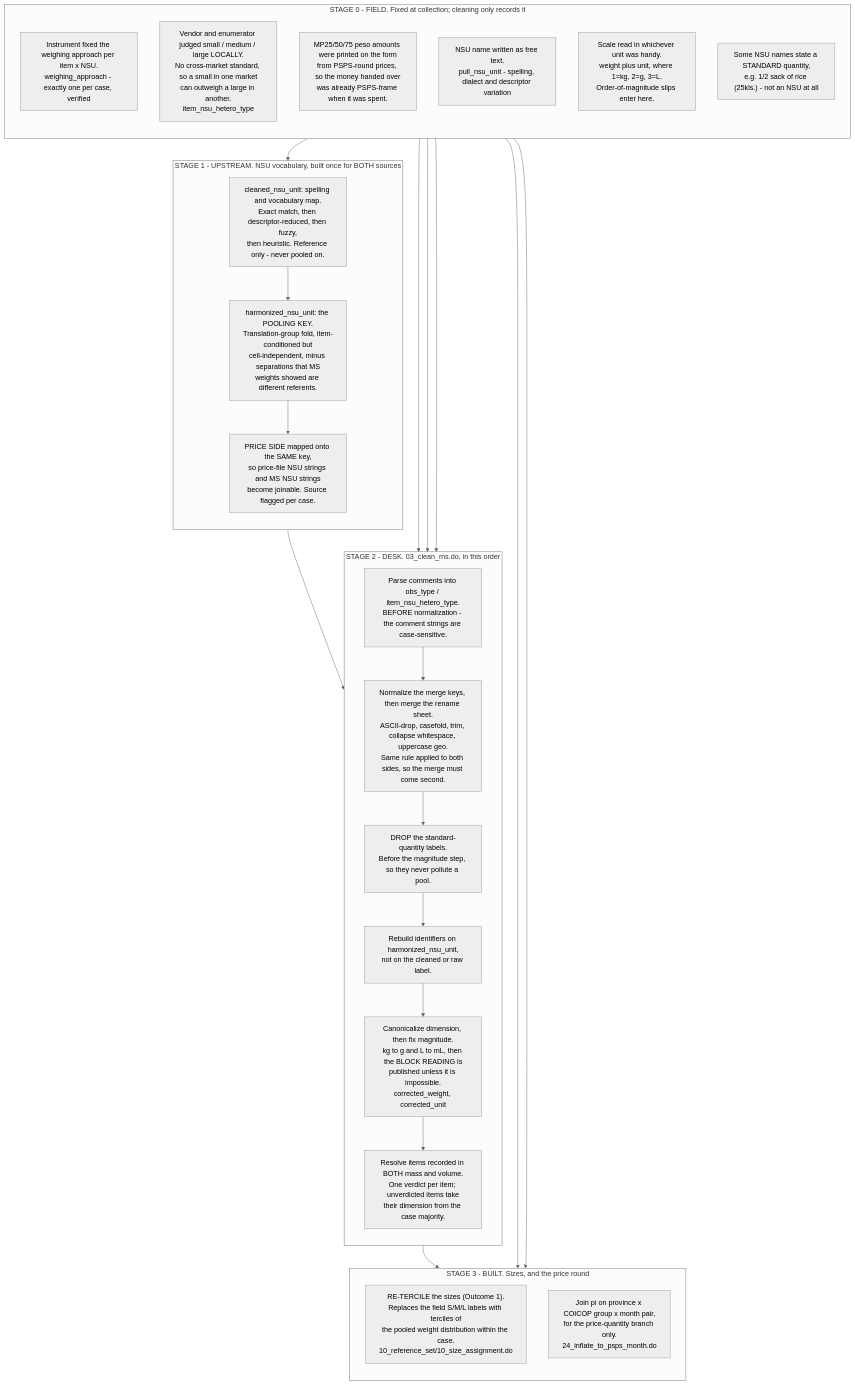
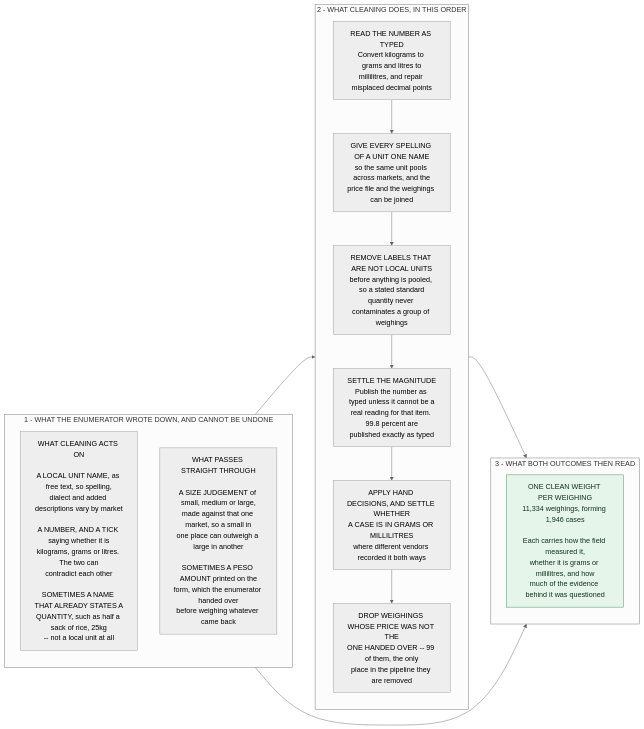
One commit to Shineyang03/nsu-market-survey-cleaning changed the third of 3 diagrams in docs/conversion_factor_methodology.md. Above: the diagram before and after it, drawn with Mermaid (neutral theme). The commit also changed other lines of this file and 4 other files, not shown here.

````diff
--- a/docs/conversion_factor_methodology.md
+++ b/docs/conversion_factor_methodology.md
@@ -239,46 +308,40 @@
 ```mermaid
-flowchart TB
-    subgraph FIELD["STAGE 0 - FIELD. Fixed at collection; cleaning only records it"]
+flowchart LR
+    classDef out fill:#e6f5ea,stroke:#3d8a58,color:#10301c
+
+    subgraph P1["1 - WHAT THE ENUMERATOR WROTE DOWN, AND CANNOT BE UNDONE"]
         direction TB
-        F1["Instrument fixed the weighing approach per item x NSU.<br/>weighing_approach - exactly one per case, verified"]
-        F2["Vendor and enumerator judged small / medium / large LOCALLY.<br/>No cross-market standard, so a small in one market<br/>can outweigh a large in another.<br/>item_nsu_hetero_type"]
-        F3["MP25/50/75 peso amounts were printed on the form<br/>from PSPS-round prices, so the money handed over<br/>was already PSPS-frame when it was spent."]
-        F4["NSU name written as free text.<br/>pull_nsu_unit - spelling, dialect and descriptor variation"]
-        F5["Scale read in whichever unit was handy.<br/>weight plus unit, where 1=kg, 2=g, 3=L.<br/>Order-of-magnitude slips enter here."]
-        F6["Some NSU names state a STANDARD quantity,<br/>e.g. 1/2 sack of rice (25kls.) - not an NSU at all"]
+        N1["WHAT CLEANING ACTS ON<br/> <br/>A LOCAL UNIT NAME, as free text, so spelling,<br/>dialect and added descriptions vary by market<br/> <br/>A NUMBER, AND A TICK saying whether it is<br/>kilograms, grams or litres. The two can<br/>contradict each other<br/> <br/>SOMETIMES A NAME THAT ALREADY STATES A<br/>QUANTITY, such as half a sack of rice, 25kg<br/>-- not a local unit at all"]
+        N4["WHAT PASSES STRAIGHT THROUGH<br/> <br/>A SIZE JUDGEMENT of small, medium or large,<br/>made against that one market, so a small in<br/>one place can outweigh a large in another<br/> <br/>SOMETIMES A PESO AMOUNT printed on the<br/>form, which the enumerator handed over<br/>before weighing whatever came back"]
     end
 
-    subgraph UP["STAGE 1 - UPSTREAM. NSU vocabulary, built once for BOTH sources"]
+    subgraph P2["2 - WHAT CLEANING DOES, IN THIS ORDER"]
         direction TB
-        U1["cleaned_nsu_unit: spelling and vocabulary map.<br/>Exact match, then descriptor-reduced, then fuzzy,<br/>then heuristic. Reference only - never pooled on."]
-        U2["harmonized_nsu_unit: the POOLING KEY.<br/>Translation-group fold, item-conditioned but<br/>cell-independent, minus separations that MS<br/>weights showed are different referents."]
-        U3["PRICE SIDE mapped onto the SAME key,<br/>so price-file NSU strings and MS NSU strings<br/>become joinable. Source flagged per case."]
-        U1 --> U2 --> U3
+        S1["READ THE NUMBER AS TYPED<br/>Convert kilograms to grams and litres to<br/>millilitres, and repair misplaced decimal points"]
+        S2["GIVE EVERY SPELLING OF A UNIT ONE NAME<br/>so the same unit pools across markets, and the<br/>price file and the weighings can be joined"]
+        S3["REMOVE LABELS THAT ARE NOT LOCAL UNITS<br/>before anything is pooled, so a stated standard<br/>quantity never contaminates a group of weighings"]
+        S4["SETTLE THE MAGNITUDE<br/>Publish the number as typed unless it cannot be a<br/>real reading for that item. 99.8 percent are<br/>published exactly as typed"]
+        S5["APPLY HAND DECISIONS, AND SETTLE WHETHER<br/>A CASE IS IN GRAMS OR MILLILITRES<br/>where different vendors recorded it both ways"]
+        S6["DROP WEIGHINGS WHOSE PRICE WAS NOT THE<br/>ONE HANDED OVER -- 99 of them, the only<br/>place in the pipeline they are removed"]
+        S1 --> S2 --> S3 --> S4 --> S5 --> S6
     end
 
-    subgraph DESK["STAGE 2 - DESK. 03_clean_ms.do, in this order"]
+    subgraph P3["3 - WHAT BOTH OUTCOMES THEN READ"]
         direction TB
-        D1["Parse comments into obs_type / item_nsu_hetero_type.<br/>BEFORE normalization - the comment strings are case-sensitive."]
-        D2["Normalize the merge keys, then merge the rename sheet.<br/>ASCII-drop, casefold, trim, collapse whitespace, uppercase geo.<br/>Same rule applied to both sides, so the merge must come second."]
-        D3["DROP the standard-quantity labels.<br/>Before the magnitude step, so they never pollute a pool."]
-        D4["Rebuild identifiers on harmonized_nsu_unit,<br/>not on the cleaned or raw label."]
-        D5["Canonicalize dimension, then fix magnitude.<br/>kg to g and L to mL, then the BLOCK READING is<br/>published unless it is impossible.<br/>corrected_weight, corrected_unit"]
-        D6["Resolve items recorded in BOTH mass and volume.<br/>One verdict per item; unverdicted items take<br/>their dimension from the case majority."]
-        D1 --> D2 --> D3 --> D4 --> D5 --> D6
+        W["ONE CLEAN WEIGHT PER WEIGHING<br/>11,334 weighings, forming 1,946 cases<br/> <br/>Each carries how the field measured it,<br/>whether it is grams or millilitres, and how<br/>much of the evidence behind it was questioned"]:::out
     end
 
-    subgraph PEND["STAGE 3 - BUILT. Sizes, and the price round"]
-        direction TB
-        P1["RE-TERCILE the sizes (Outcome 1).<br/>Replaces the field S/M/L labels with terciles of<br/>the pooled weight distribution within the case.<br/>10_reference_set/10_size_assignment.do"]
-        P2["Join pi on province x COICOP group x month pair,<br/>for the price-quantity branch only.<br/>24_inflate_to_psps_month.do"]
-    end
+    N1 --> S1
+    N4 --> W
+    S6 --> W
 
-    F4 --> U1
-    F6 --> D3
-    F5 --> D5
-    U3 --> D2
-    F1 --> D1
-    D6 --> P1
-    F2 --> P1
-    F3 --> P2
+    click N1 "https://github.com/Shineyang03/nsu-market-survey-cleaning/blob/main/docs/conversion_factor_methodology.md#11-names-one-vocabulary-built-once-for-both-sources" "1.1 Names"
+    click N4 "https://github.com/Shineyang03/nsu-market-survey-cleaning/blob/main/docs/conversion_factor_methodology.md#21-the-decision-re-tercile-do-not-trust-the-field-label" "2.1 Why the sizes are re-cut"
+    click S1 "https://github.com/Shineyang03/nsu-market-survey-cleaning/blob/main/docs/conversion_factor_methodology.md#12-the-weight-dimension-then-magnitude" "1.2 The weight"
+    click S2 "https://github.com/Shineyang03/nsu-market-survey-cleaning/blob/main/docs/conversion_factor_methodology.md#11-names-one-vocabulary-built-once-for-both-sources" "1.1 Names"
+    click S3 "https://github.com/Shineyang03/nsu-market-survey-cleaning/blob/main/docs/conversion_factor_methodology.md#a1-non-nsu-labels-removed-before-anything-pools" "Appendix A.1"
+    click S4 "https://github.com/Shineyang03/nsu-market-survey-cleaning/blob/main/docs/conversion_factor_methodology.md#12-the-weight-dimension-then-magnitude" "1.2 The weight"
+    click S5 "https://github.com/Shineyang03/nsu-market-survey-cleaning/blob/main/docs/conversion_factor_methodology.md#13-dimension-grams-or-millilitres" "1.3 Grams or millilitres"
+    click S6 "https://github.com/Shineyang03/nsu-market-survey-cleaning/blob/main/docs/conversion_factor_methodology.md#14-attrition-and-how-each-case-is-routed" "1.4 Attrition and routing"
+    click W "https://github.com/Shineyang03/nsu-market-survey-cleaning/blob/main/docs/conversion_factor_methodology.md#14-attrition-and-how-each-case-is-routed" "1.4 Attrition and routing"
 ```
````
